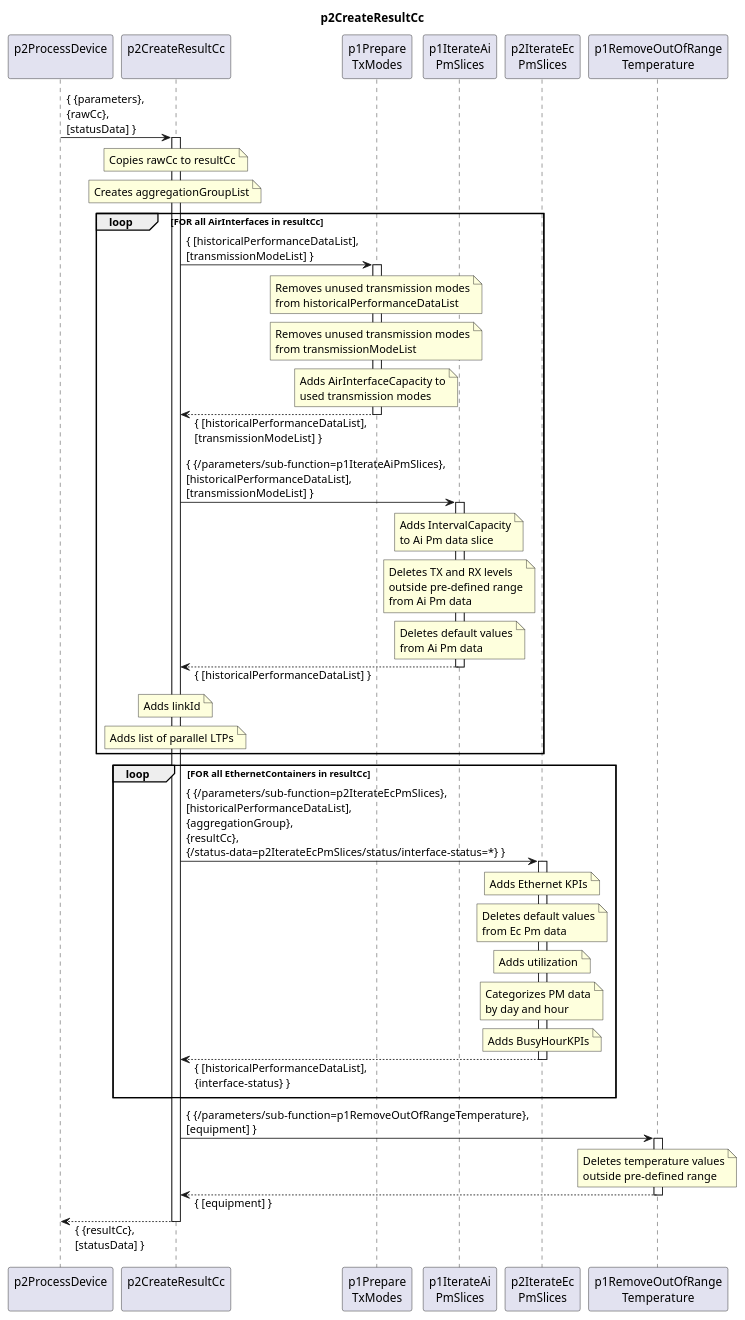
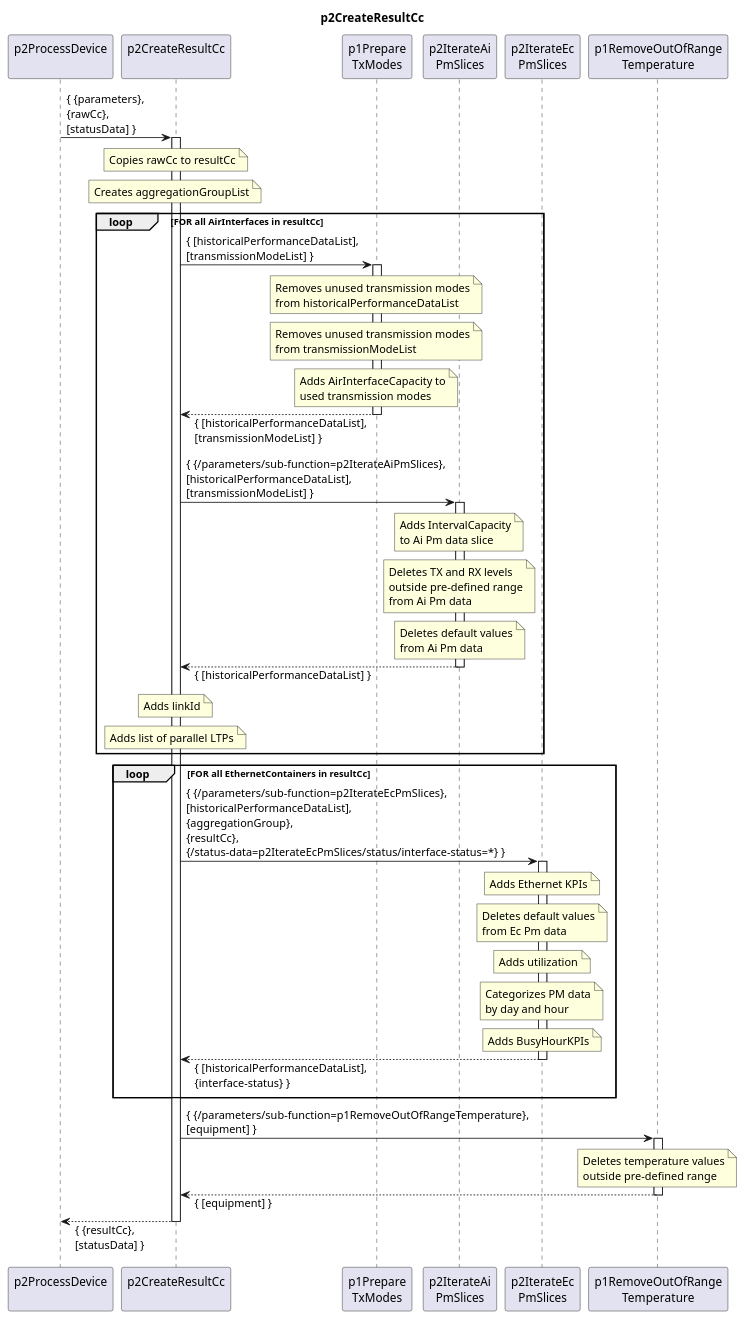
One commit to openBackhaul/DevicePerformanceManagementDataProcessor changed the diagram in spec/Functions/p1StreamPmData/p2ProcessDevice/p2CreateResultCc/1.0.0/p2CreateResultCc.plantuml. Above: the diagram before and after it, drawn with PlantUML. The commit also changed 1 other file, not shown here.

Commit message:
correct p2CreateResultCc diagram

```diff
--- a/spec/Functions/p1StreamPmData/p2ProcessDevice/p2CreateResultCc/1.0.0/p2CreateResultCc.plantuml
+++ b/spec/Functions/p1StreamPmData/p2ProcessDevice/p2CreateResultCc/1.0.0/p2CreateResultCc.plantuml
@@ -1,128 +1,128 @@
 @startuml p2CreateResultCc
 skinparam responseMessageBelowArrow true
 
 title
   p2CreateResultCc
 end title
 
 participant "p2ProcessDevice\n" as requestor
 participant "p2CreateResultCc\n" as cur
 participant "p1Prepare\nTxModes" as p1prepTxModes
-participant "p1IterateAi\nPmSlices" as p1IterateAi
+participant "p2IterateAi\nPmSlices" as p2IterateAi
 participant "p2IterateEc\nPmSlices" as p2IterateEc
 participant "p1RemoveOutOfRange\nTemperature" as p1RemoveTemp
 
 requestor -> cur : { {parameters},\n{rawCc},\n[statusData] }
 activate cur
 
   note over cur
     Copies rawCc to resultCc
   end note
 
   note over cur
     Creates aggregationGroupList
   end note
 
   loop FOR all AirInterfaces in resultCc
 
     cur -> p1prepTxModes : { [historicalPerformanceDataList],\n[transmissionModeList] }
     activate p1prepTxModes
 
       note over p1prepTxModes
         Removes unused transmission modes
         from historicalPerformanceDataList
       end note
 
       note over p1prepTxModes
         Removes unused transmission modes
         from transmissionModeList
       end note
 
       note over p1prepTxModes
         Adds AirInterfaceCapacity to
         used transmission modes
       end note
 
     cur <-- p1prepTxModes : { [historicalPerformanceDataList],\n[transmissionModeList] }
     deactivate p1prepTxModes
 
-    cur -> p1IterateAi : { {/parameters/sub-function=p1IterateAiPmSlices},\n[historicalPerformanceDataList],\n[transmissionModeList] }
-    activate p1IterateAi
+    cur -> p2IterateAi : { {/parameters/sub-function=p2IterateAiPmSlices},\n[historicalPerformanceDataList],\n[transmissionModeList] }
+    activate p2IterateAi
 
-      note over p1IterateAi
+      note over p2IterateAi
         Adds IntervalCapacity
         to Ai Pm data slice
       end note
 
-      note over p1IterateAi
+      note over p2IterateAi
         Deletes TX and RX levels
         outside pre-defined range
         from Ai Pm data
       end note
 
-      note over p1IterateAi
+      note over p2IterateAi
         Deletes default values
         from Ai Pm data
       end note
 
 
-    cur <-- p1IterateAi : { [historicalPerformanceDataList] }
-    deactivate p1IterateAi
+    cur <-- p2IterateAi : { [historicalPerformanceDataList] }
+    deactivate p2IterateAi
 
     note over cur
       Adds linkId
     end note
 
     note over cur
       Adds list of parallel LTPs
     end note
 
   end
 
   loop FOR all EthernetContainers in resultCc
 
     cur -> p2IterateEc : { {/parameters/sub-function=p2IterateEcPmSlices},\n[historicalPerformanceDataList],\n{aggregationGroup},\n{resultCc},\n{/status-data=p2IterateEcPmSlices/status/interface-status=*} }
     activate p2IterateEc
 
       note over p2IterateEc
         Adds Ethernet KPIs
       end note
 
       note over p2IterateEc
         Deletes default values
         from Ec Pm data
       end note
 
       note over p2IterateEc
         Adds utilization
       end note
 
       note over p2IterateEc
         Categorizes PM data
         by day and hour
       end note
 
       note over p2IterateEc
         Adds BusyHourKPIs
       end note
 
     cur <-- p2IterateEc : { [historicalPerformanceDataList],\n{interface-status} }
     deactivate p2IterateEc
 
   end loop
 
   cur -> p1RemoveTemp : { {/parameters/sub-function=p1RemoveOutOfRangeTemperature},\n[equipment] }
   activate p1RemoveTemp
 
     note over p1RemoveTemp
       Deletes temperature values
       outside pre-defined range
     end note
 
   cur <-- p1RemoveTemp : { [equipment] }
   deactivate p1RemoveTemp
 
 requestor <-- cur : { {resultCc},\n[statusData] }
 deactivate cur
 
 @enduml
```
